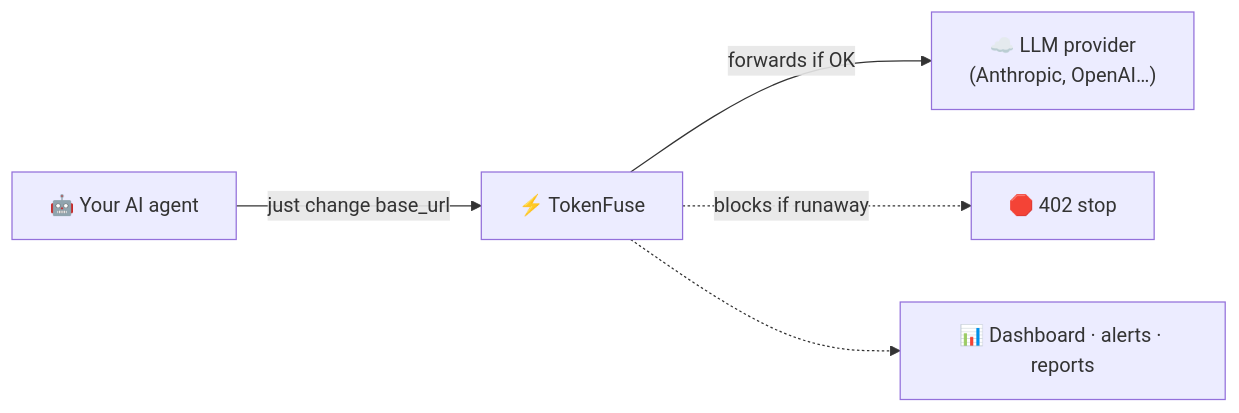
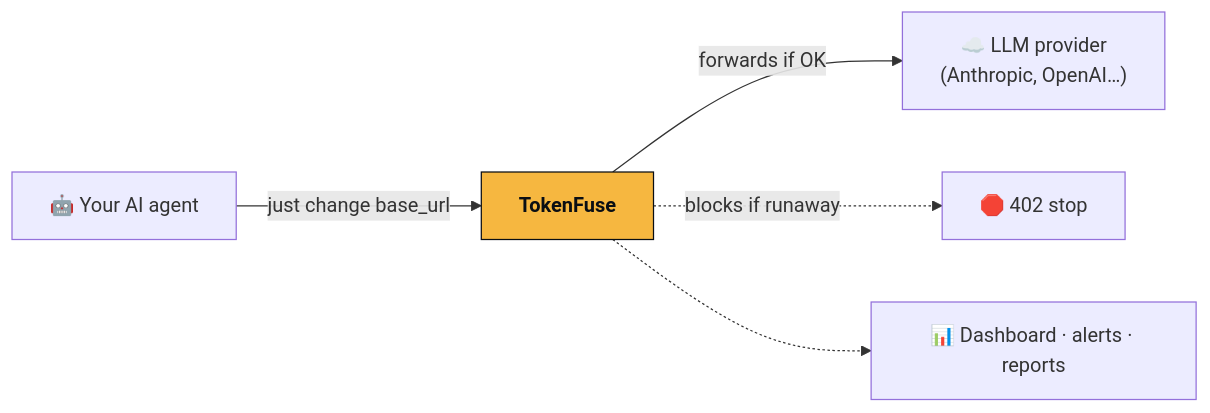
One commit to TAIPANBOX/tokenfuse changed the first of 4 diagrams in README.md. Above: the diagram before and after it, drawn with Mermaid. The commit also changed other lines of this file, not shown here.

Commit message:
docs(readme): use the real emblem in the diagrams, drop the generic bolt
The ⚡ emoji stood in for TokenFuse in the flowchart, the sequence diagram and
the capability matrix — a generic bolt that also means "cache/speed" elsewhere,
and not our actual mark. Fix it where GitHub allows:

- Capability matrix: the real logo (docs/assets/logo.png) inline in the header.
- Problem flowchart: the TokenFuse node is brand-coloured (amber fill, black
  keyline + text) via classDef — echoes the emblem. GitHub's mermaid blocks
  images in nodes, so colour is the closest faithful nod.
- How-it-works sequence: dropped the generic ⚡ (participant boxes can't be
  coloured or hold an image on GitHub's mermaid).

````diff
--- a/README.md
+++ b/README.md
@@ -77,7 +77,9 @@
 ```mermaid
 flowchart LR
-    A["🤖 Your AI agent"] -->|"just change base_url"| T["⚡ TokenFuse"]
+    A["🤖 Your AI agent"] -->|"just change base_url"| T["TokenFuse"]
     T -->|"forwards if OK"| P["☁️ LLM provider<br/>(Anthropic, OpenAI…)"]
     T -.->|"blocks if runaway"| X["🛑 402 stop"]
     T -.-> D["📊 Dashboard · alerts · reports"]
+    classDef brand fill:#F6B740,stroke:#0A0E13,color:#0A0E13,font-weight:bold;
+    class T brand;
 ```
````
